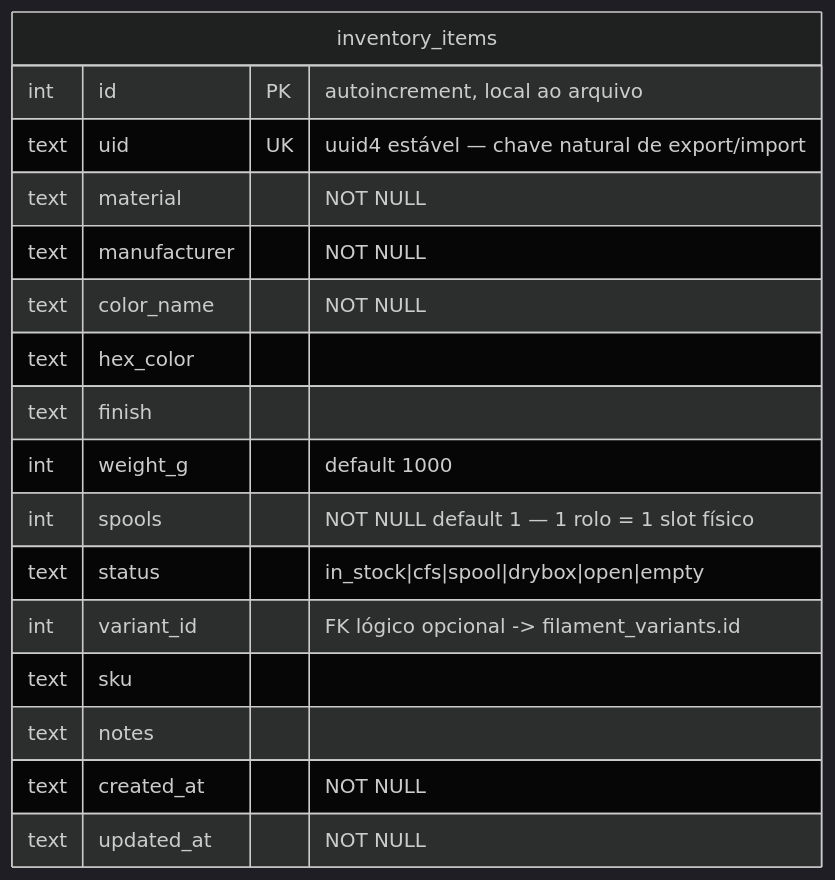
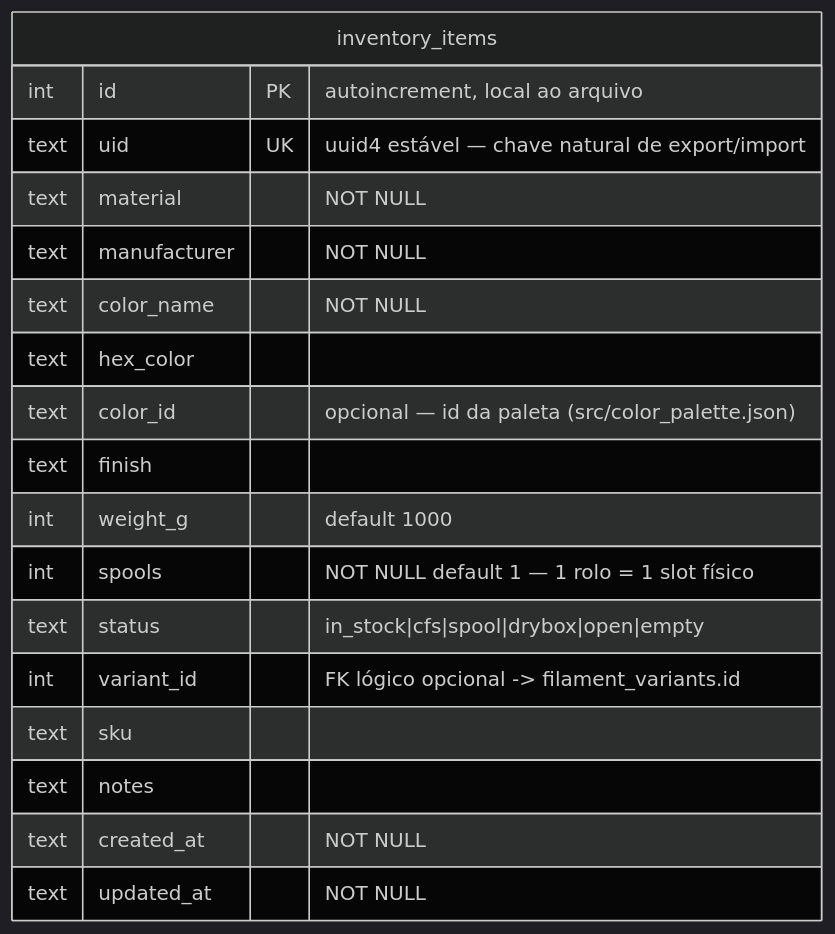
The third of 12 diagrams in README.md (RafaelFino/FilamentDB), drawn with Mermaid (dark theme) before and after one commit. The commit also changed other lines of this file and 7 other files, not shown here.

````diff
--- a/README.md
+++ b/README.md
@@ -197,20 +197,21 @@
 ```mermaid
 erDiagram
     inventory_items {
         int id PK "autoincrement, local ao arquivo"
         text uid UK "uuid4 estável — chave natural de export/import"
         text material "NOT NULL"
         text manufacturer "NOT NULL"
         text color_name "NOT NULL"
         text hex_color
+        text color_id "opcional — id da paleta (src/color_palette.json)"
         text finish
         int weight_g "default 1000"
         int spools "NOT NULL default 1 — 1 rolo = 1 slot físico"
         text status "in_stock|cfs|spool|drybox|open|empty"
         int variant_id "FK lógico opcional -> filament_variants.id"
         text sku
         text notes
         text created_at "NOT NULL"
         text updated_at "NOT NULL"
     }
 ```
````
